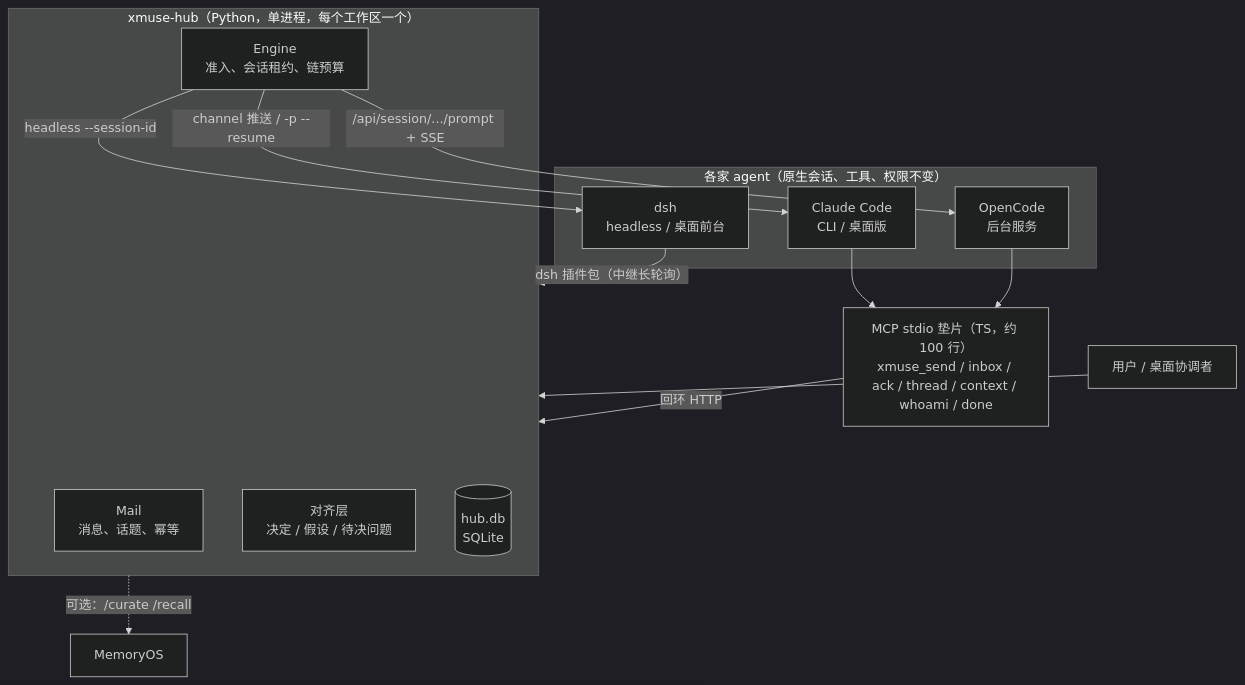
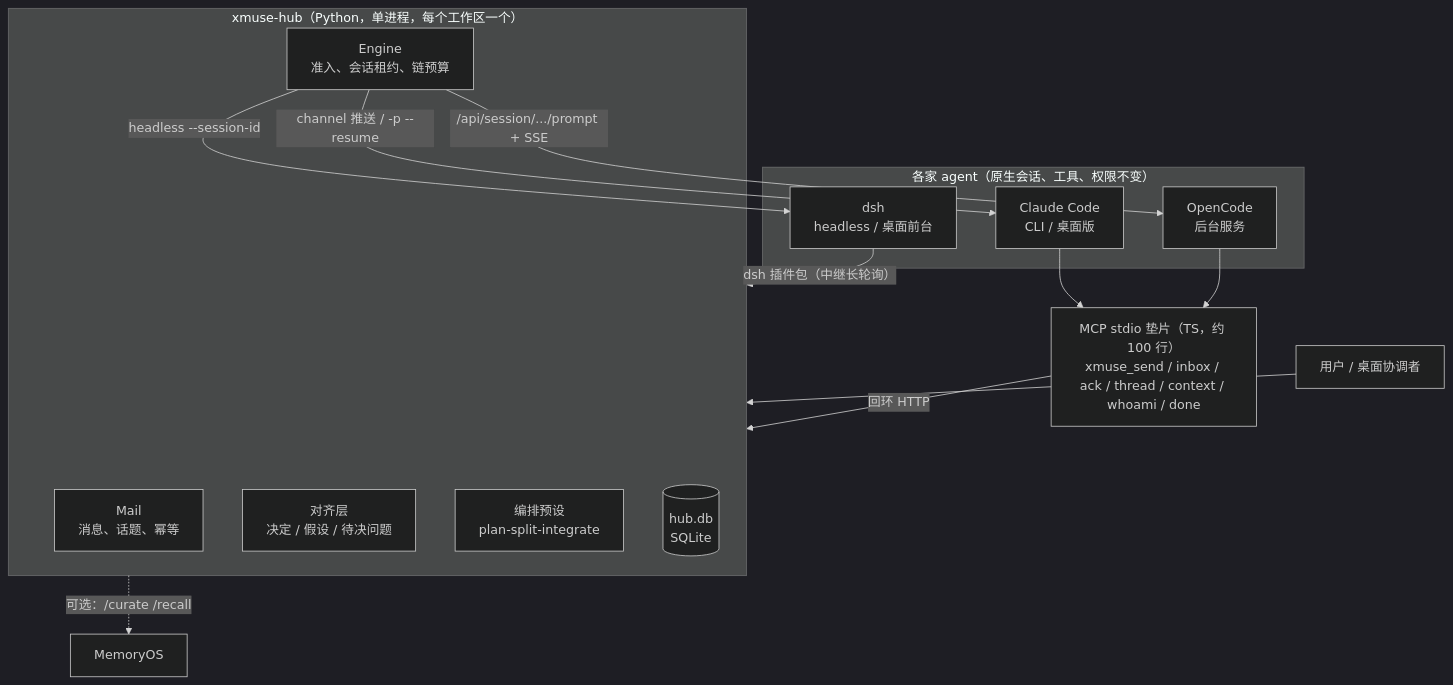
The diagram in README.md (iiyazu/Cross-Muse), drawn with Mermaid (dark theme) before and after one commit. The commit also changed other lines of this file and 1 other file, not shown here.

````diff
--- a/README.md
+++ b/README.md
@@ -15,23 +15,24 @@
 ```mermaid
 flowchart TB
   subgraph Agents["各家 agent（原生会话、工具、权限不变）"]
     CC["Claude Code<br/>CLI / 桌面版"]
     OC["OpenCode<br/>后台服务"]
     DSH["dsh<br/>headless / 桌面前台"]
   end
   SHIM["MCP stdio 垫片（TS，约 100 行）<br/>xmuse_send / inbox / ack / thread / context / whoami / done"]
   CC & OC --> SHIM
   DSH -->|"dsh 插件包（中继长轮询）"| HUB
   SHIM -->|"回环 HTTP"| HUB
   subgraph HUB["xmuse-hub（Python，单进程，每个工作区一个）"]
     MAIL["Mail<br/>消息、话题、幂等"]
     ENG["Engine<br/>准入、会话租约、链预算"]
     ALIGN["对齐层<br/>决定 / 假设 / 待决问题"]
+    PRE["编排预设<br/>plan-split-integrate"]
     DB[("hub.db<br/>SQLite")]
   end
   ENG -->|"channel 推送 / -p --resume"| CC
   ENG -->|"/api/session/.../prompt + SSE"| OC
   ENG -->|"headless --session-id"| DSH
   HUB -.->|"可选：/curate /recall"| MO["MemoryOS"]
   USER["用户 / 桌面协调者"] --> HUB
 ```
````
